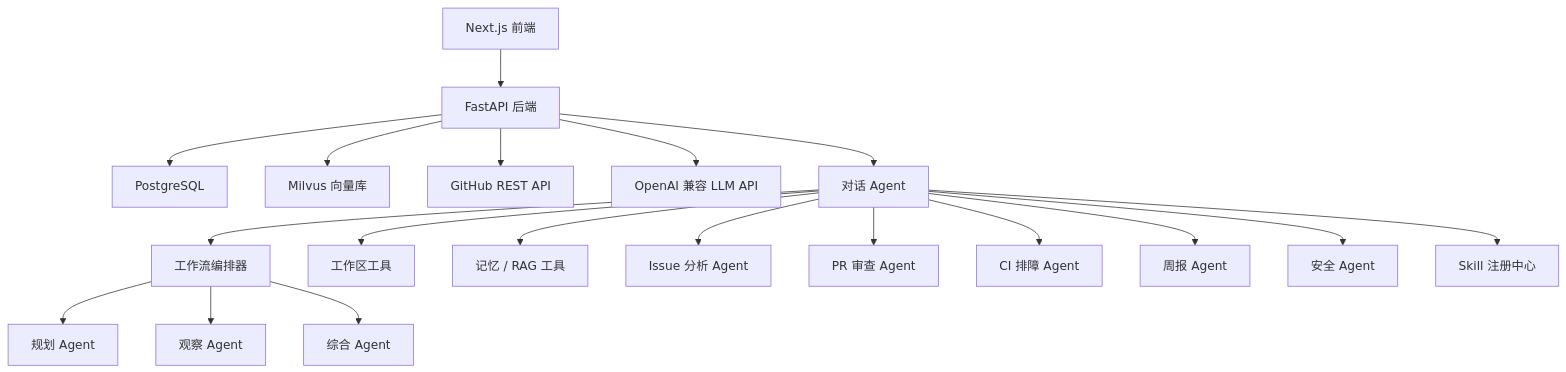
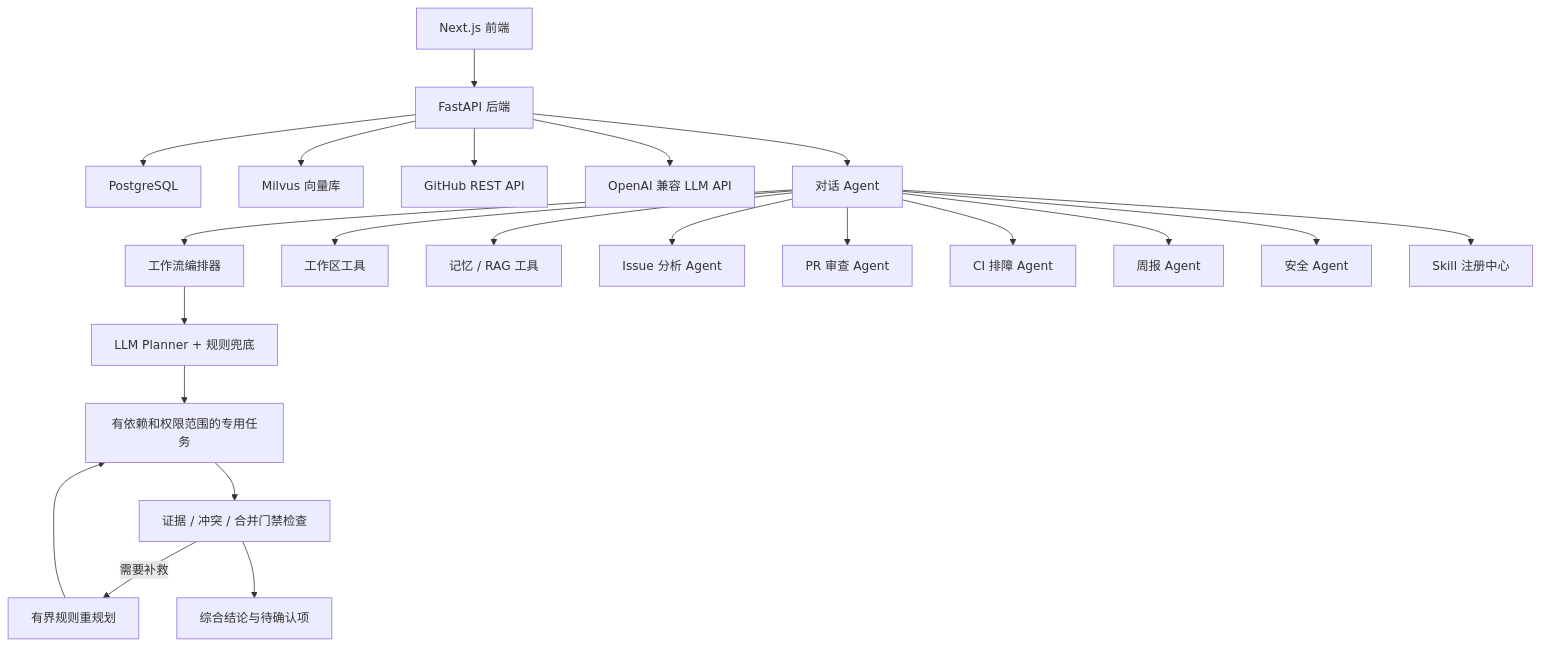
The diagram in README.md (Waiting206/DevFlow-AI), drawn with Mermaid before and after one commit. The commit also changed other lines of this file and 28 other files, not shown here.

````diff
--- a/README.md
+++ b/README.md
@@ -28,21 +30,24 @@
 ```mermaid
 flowchart TD
     FE["Next.js 前端"] --> API["FastAPI 后端"]
     API --> DB["PostgreSQL"]
     API --> Milvus["Milvus 向量库"]
     API --> GH["GitHub REST API"]
     API --> LLM["OpenAI 兼容 LLM API"]
     API --> Conv["对话 Agent"]
     Conv --> Workflow["工作流编排器"]
-    Workflow --> Planner["规划 Agent"]
-    Workflow --> Observer["观察 Agent"]
-    Workflow --> Synthesis["综合 Agent"]
+    Workflow --> Planner["LLM Planner + 规则兜底"]
+    Planner --> Tasks["有依赖和权限范围的专用任务"]
+    Tasks --> Observer["证据 / 冲突 / 合并门禁检查"]
+    Observer -->|需要补救| Replan["有界规则重规划"]
+    Replan --> Tasks
+    Observer --> Synthesis["综合结论与待确认项"]
     Conv --> Workspace["工作区工具"]
     Conv --> Memory["记忆 / RAG 工具"]
     Conv --> Issue["Issue 分析 Agent"]
     Conv --> PR["PR 审查 Agent"]
     Conv --> CI["CI 排障 Agent"]
     Conv --> Report["周报 Agent"]
     Conv --> Safety["安全 Agent"]
     Conv --> Skills["Skill 注册中心"]
 ```
````
